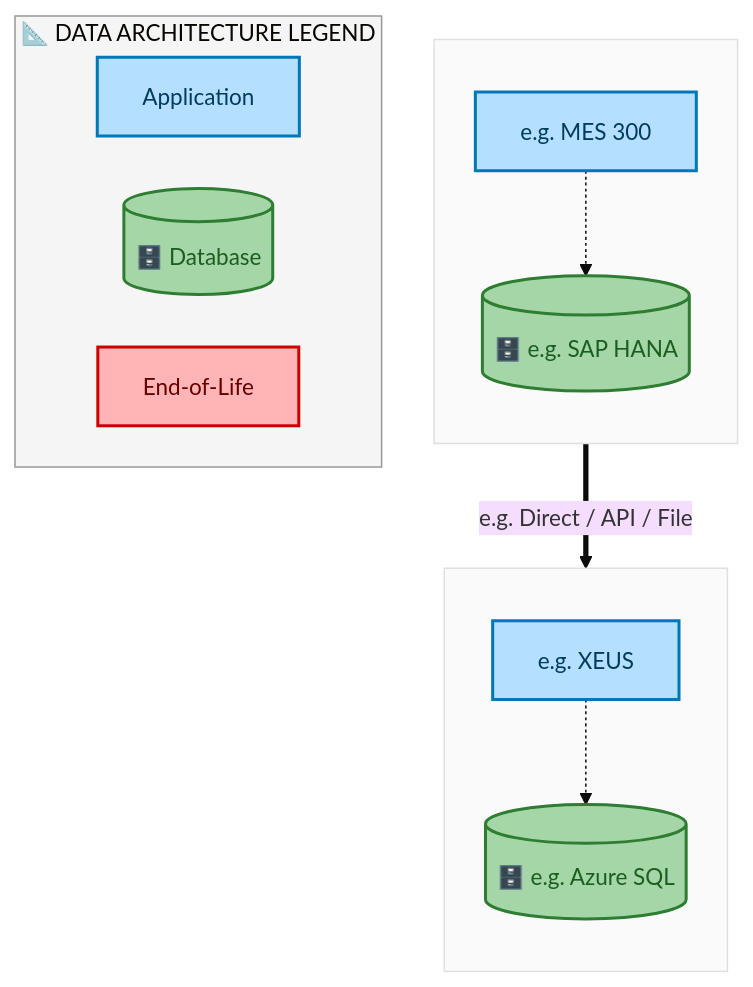
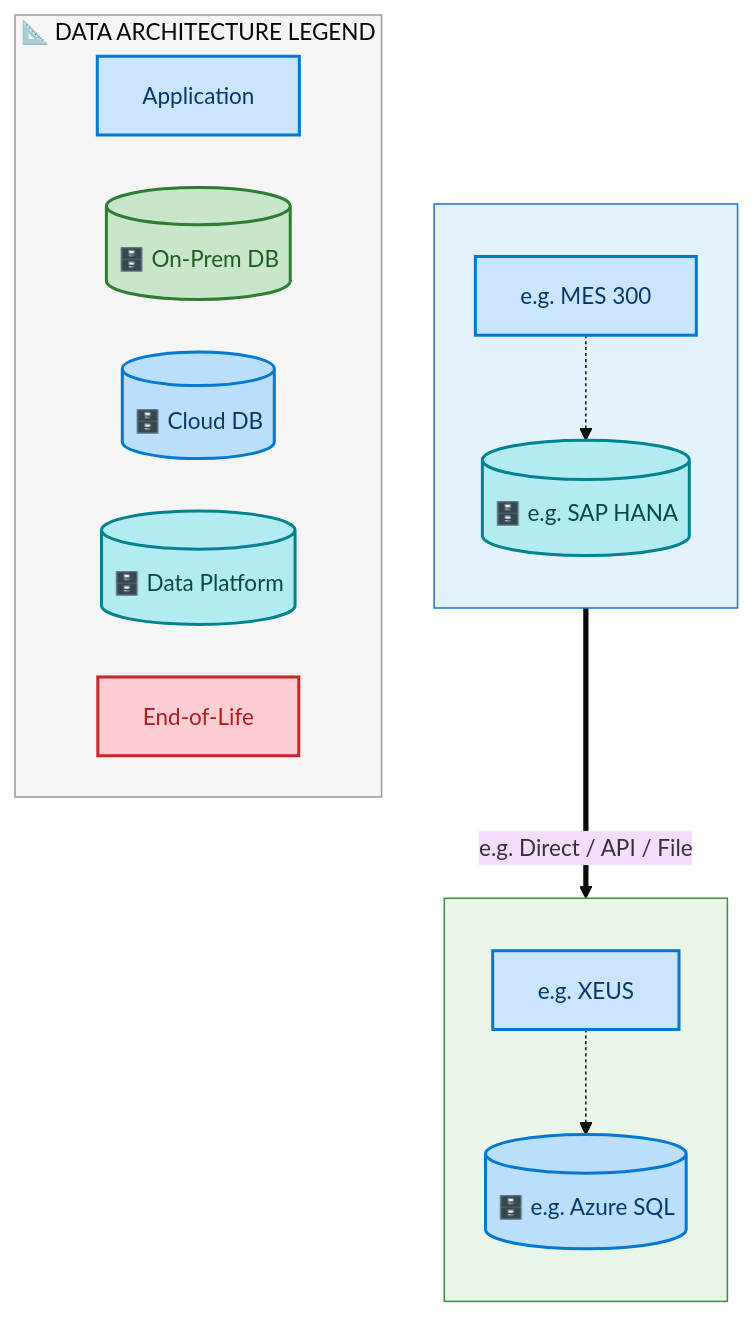
One commit to sajivfrancis777/IAO-Architecture changed the third of 7 diagrams in towers/E2E/Procure to Pay/E2E-46/output/docs/systems-architecture/E2E-46-Architecture.md. Above: the diagram before and after it, drawn with Mermaid. The commit also changed other lines of this file and 394 other files, not shown here.

First line of the commit message:
feat: structured layer ordering for Mermaid architecture diagrams

````diff
--- a/towers/E2E/Procure to Pay/E2E-46/output/docs/systems-architecture/E2E-46-Architecture.md
+++ b/towers/E2E/Procure to Pay/E2E-46/output/docs/systems-architecture/E2E-46-Architecture.md
@@ -297,33 +297,37 @@
 ```mermaid
 %%{init: {"theme": "base", "securityLevel": "loose", "themeVariables": {"fontSize": "15px", "fontFamily": "Segoe UI, Arial"}, "flowchart": {"useMaxWidth": false, "htmlLabels": true, "nodeSpacing": 35, "rankSpacing": 45}} }%%
 flowchart TB
-    classDef appBox fill:#B5DFFF,stroke:#0077B6,stroke-width:2px,color:#003D5B
-    classDef dbCyl fill:#A5D6A7,stroke:#2E7D32,stroke-width:2px,color:#1B5E20
-    classDef eolBox fill:#FFB5B5,stroke:#CC0000,stroke-width:2px,color:#660000
+    classDef appBox fill:#CCE5FF,stroke:#0078D4,stroke-width:2px,color:#003A6C
+    classDef dbCyl fill:#C8E6C9,stroke:#2E7D32,stroke-width:2px,color:#1B5E20
+    classDef dbCloud fill:#BBDEFB,stroke:#0078D4,stroke-width:2px,color:#003A6C
+    classDef dbData fill:#B2EBF2,stroke:#00838F,stroke-width:2px,color:#004D40
+    classDef eolBox fill:#FFCDD2,stroke:#C62828,stroke-width:2px,color:#B71C1C
 
     subgraph E2E46FDACL_e_g_Azure_SQL[" "]
         direction TB
         E2E46FDAA_e_g_XEUS["e.g. XEUS"]:::appBox
-        E2E46FDAD_e_g_Azure_SQL[("🗄️ e.g. Azure SQL")]:::dbCyl
+        E2E46FDAD_e_g_Azure_SQL[("🗄️ e.g. Azure SQL")]:::dbCloud
         E2E46FDAA_e_g_XEUS -.-> E2E46FDAD_e_g_Azure_SQL
     end
-    style E2E46FDACL_e_g_Azure_SQL fill:#FAFAFA,stroke:#E0E0E0,stroke-width:1px
+    style E2E46FDACL_e_g_Azure_SQL fill:#E8F5E9,stroke:#388E3C,stroke-width:1px
 
     subgraph E2E46FDACL_e_g_SAP_HANA[" "]
         direction TB
         E2E46FDAA_e_g_MES_300["e.g. MES 300"]:::appBox
-        E2E46FDAD_e_g_SAP_HANA[("🗄️ e.g. SAP HANA")]:::dbCyl
+        E2E46FDAD_e_g_SAP_HANA[("🗄️ e.g. SAP HANA")]:::dbData
         E2E46FDAA_e_g_MES_300 -.-> E2E46FDAD_e_g_SAP_HANA
     end
-    style E2E46FDACL_e_g_SAP_HANA fill:#FAFAFA,stroke:#E0E0E0,stroke-width:1px
+    style E2E46FDACL_e_g_SAP_HANA fill:#E3F2FD,stroke:#1976D2,stroke-width:1px
 
     E2E46FDAD_e_g_SAP_HANA ==>|"e.g. Direct / API / File"| E2E46FDAD_e_g_Azure_SQL
 
     subgraph Legend["📐 DATA ARCHITECTURE LEGEND"]
         direction LR
         L_A["Application"]:::appBox
-        L_D[("🗄️ Database")]:::dbCyl
+        L_D[("🗄️ On-Prem DB")]:::dbCyl
+        L_DC[("🗄️ Cloud DB")]:::dbCloud
+        L_DD[("🗄️ Data Platform")]:::dbData
         L_E["End-of-Life"]:::eolBox
     end
     style Legend fill:#F5F5F5,stroke:#999,stroke-width:1px
 ```
````
